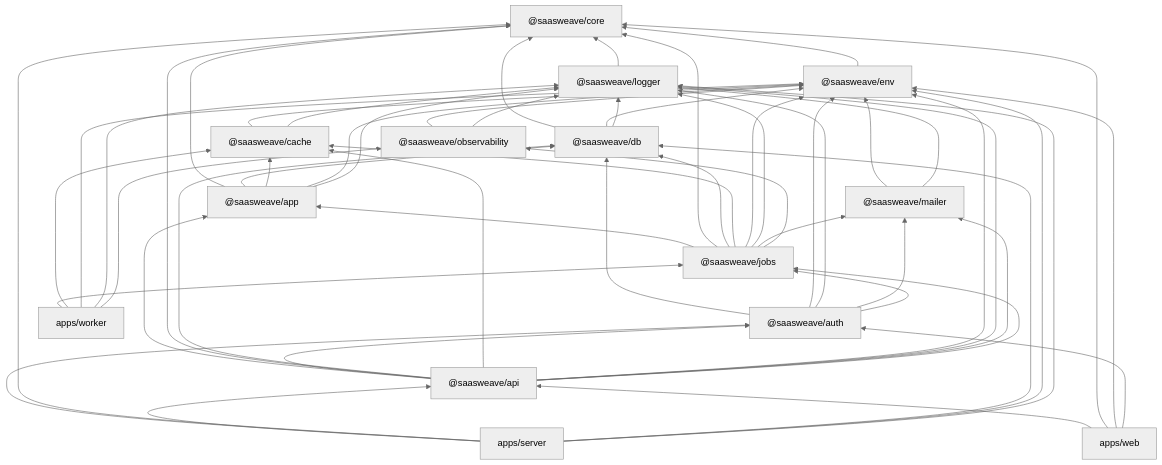
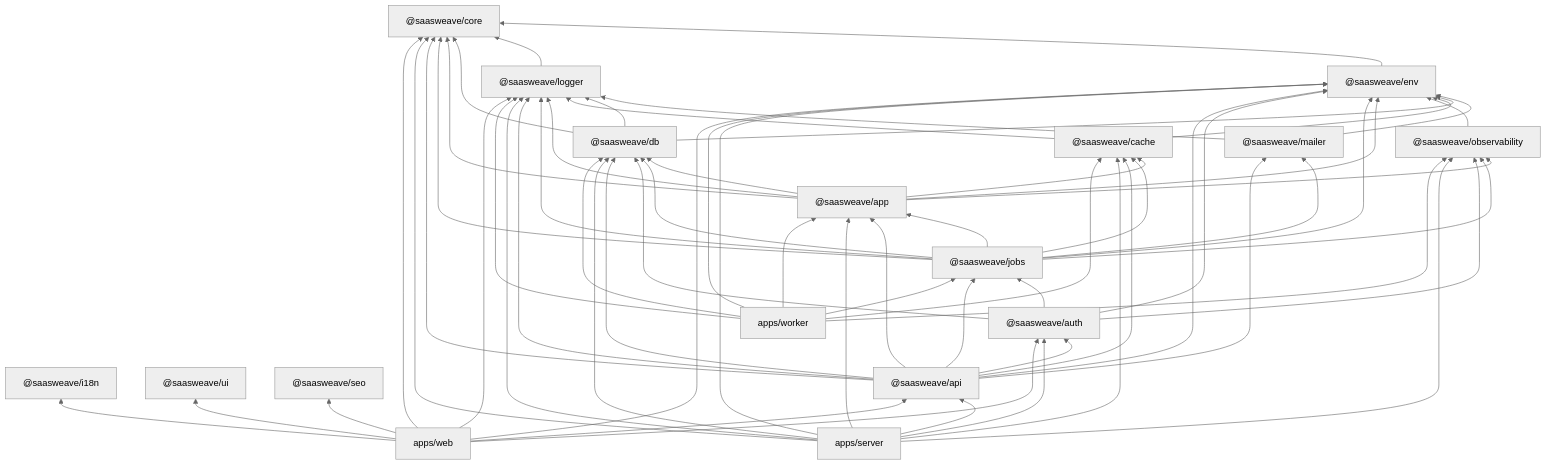
Before and after one commit to mathias7799/SaaSWeave: the diagram in docs/PACKAGE-DEPENDENCY-GRAPH.md, drawn with Mermaid (neutral theme). The commit also changed other lines of this file and 21 other files, not shown here.

````diff
--- a/docs/PACKAGE-DEPENDENCY-GRAPH.md
+++ b/docs/PACKAGE-DEPENDENCY-GRAPH.md
@@ -13,6 +13,9 @@
   db["@saasweave/db"]
   cache["@saasweave/cache"]
   observability["@saasweave/observability"]
+  i18n["@saasweave/i18n"]
+  ui["@saasweave/ui"]
+  seo["@saasweave/seo"]
   app["@saasweave/app"]
   jobs["@saasweave/jobs"]
   auth["@saasweave/auth"]
@@ -31,13 +34,13 @@
   cache --> env
   cache --> logger
   observability --> env
-  observability --> logger
 
   app --> core
   app --> db
   app --> cache
   app --> env
   app --> logger
+  app --> observability
 
   jobs --> app
   jobs --> core
@@ -50,9 +53,8 @@
 
   auth --> db
   auth --> env
-  auth --> logger
-  auth --> mailer
   auth --> jobs
+  auth --> observability
 
   api --> app
   api --> auth
@@ -65,14 +67,19 @@
   api --> jobs
 
   server --> api
+  server --> app
   server --> auth
+  server --> cache
   server --> core
   server --> db
   server --> env
   server --> logger
+  server --> observability
 
+  worker --> app
   worker --> jobs
   worker --> cache
+  worker --> db
   worker --> env
   worker --> logger
   worker --> observability
@@ -81,4 +88,8 @@
   web --> core
   web --> env
   web --> auth
+  web --> i18n
+  web --> logger
+  web --> seo
+  web --> ui
 ```
````
